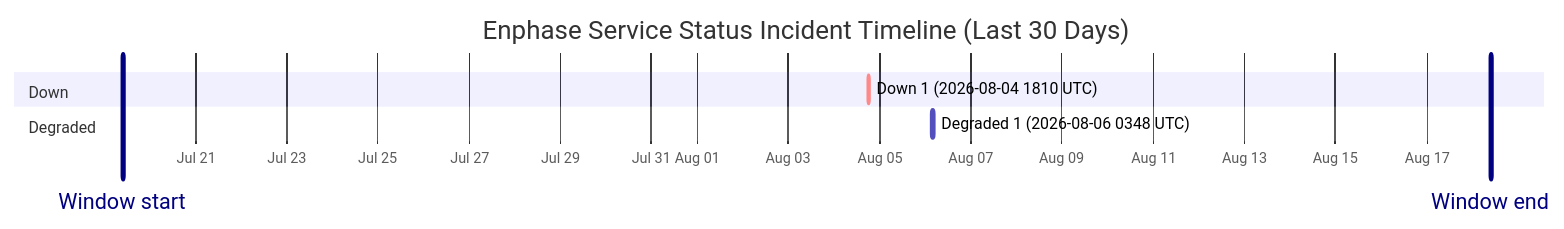
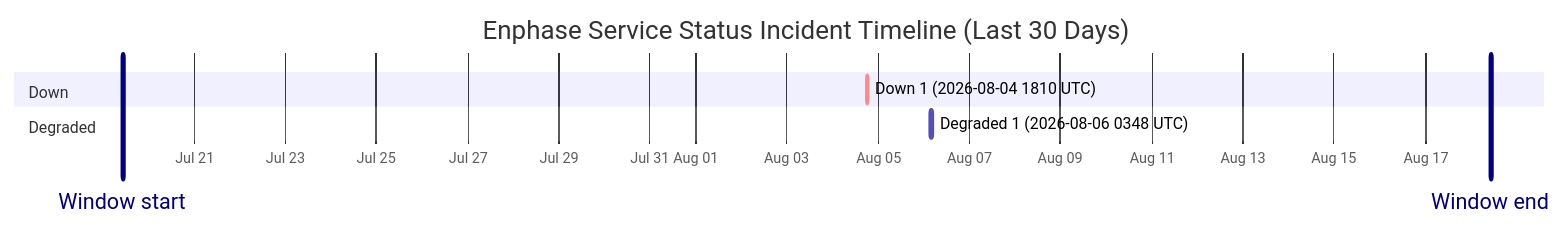
One commit to barneyonline/ha-enphase-energy changed the diagram in wiki/Service-Status-History.md. Above: the diagram before and after it, drawn with Mermaid. The commit also changed other lines of this file and 3 other files, not shown here.

````diff
--- a/wiki/Service-Status-History.md
+++ b/wiki/Service-Status-History.md
@@ -14,12 +14,12 @@
 ```mermaid
 gantt
     title Enphase Service Status Incident Timeline (Last 30 Days)
     dateFormat  YYYY-MM-DDTHH:mm:ss
     axisFormat  %b %d
-    Window start :vert, window-start, 2026-07-19T09:30:39, 0ms
-    Window end :vert, window-end, 2026-08-18T09:30:39, 0ms
+    Window start :vert, window-start, 2026-07-19T10:25:21, 0ms
+    Window end :vert, window-end, 2026-08-18T10:25:21, 0ms
     section Down
     Down 1 (2026-08-04 1810 UTC) :crit, down-1, 2026-08-04T18:10:46, 60m
     section Degraded
     Degraded 1 (2026-08-06 0348 UTC) :active, degraded-1, 2026-08-06T03:48:14, 60m
 ```
````
